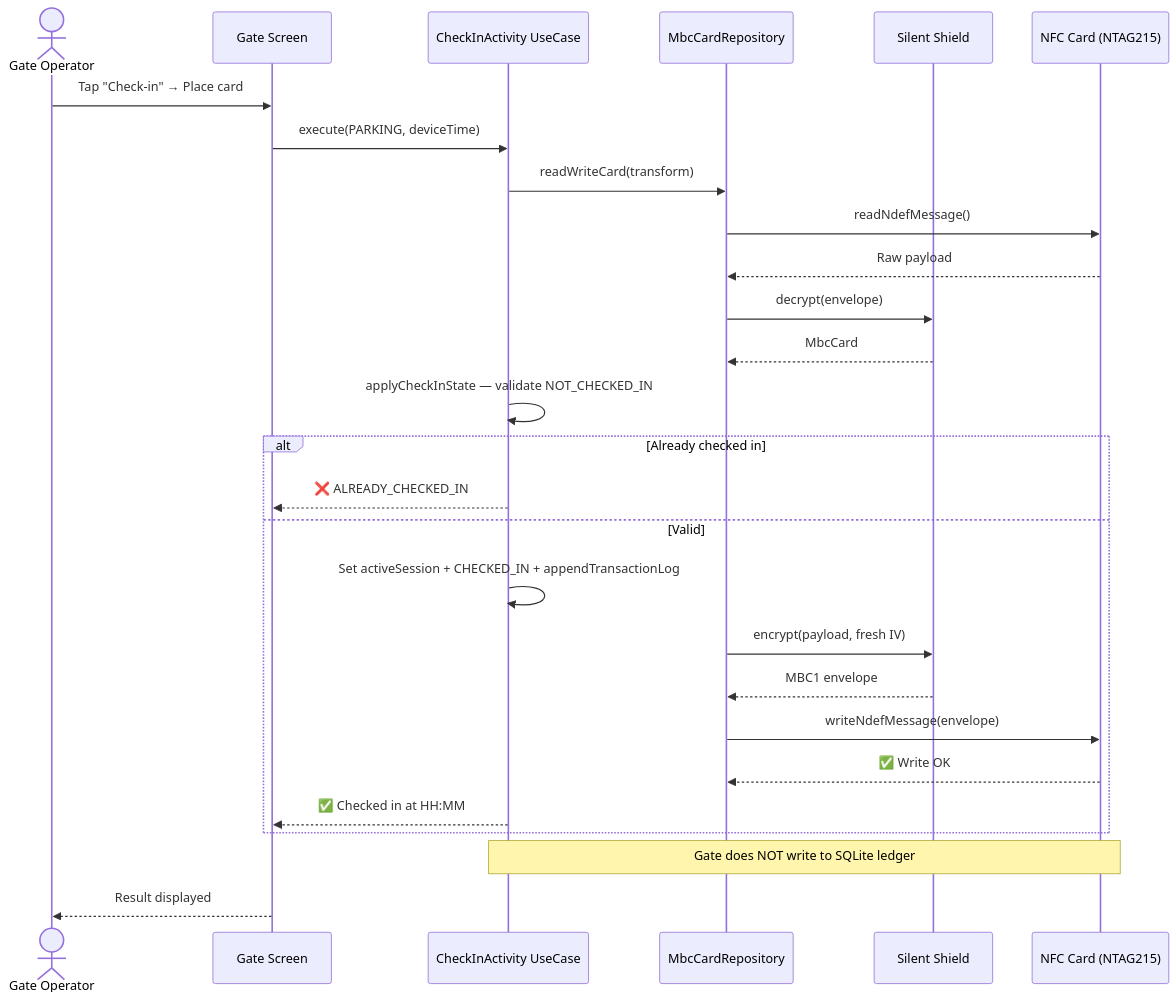
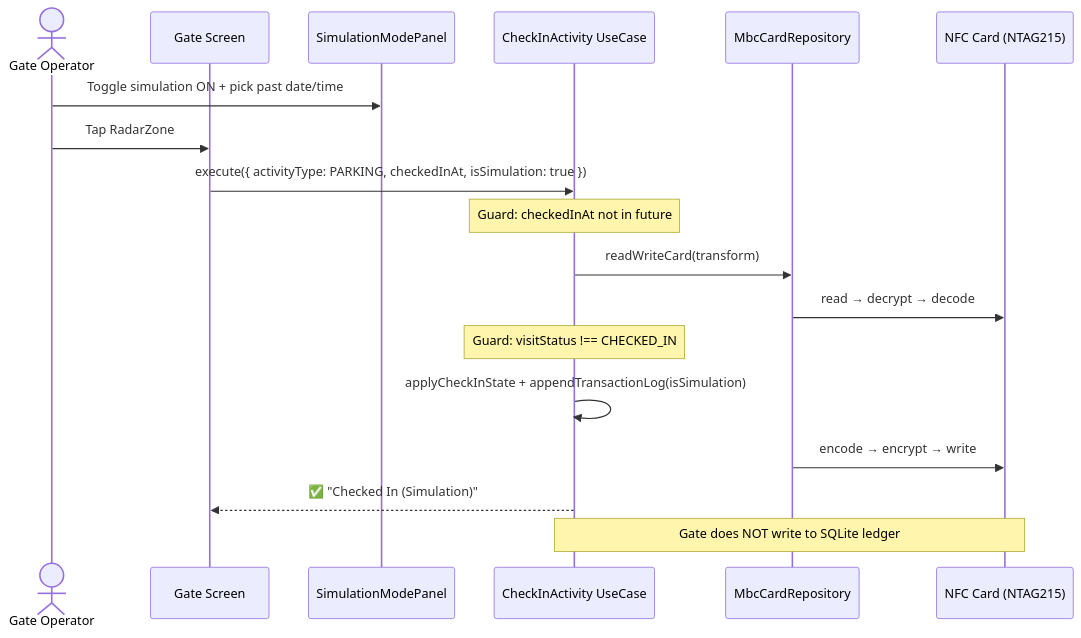
The fifth of 16 diagrams in docs/PRESENTATION.md (Schitzos/mbc-nfc), drawn with Mermaid before and after one commit. The commit also changed other lines of this file and 1 other file, not shown here.

````diff
--- a/docs/PRESENTATION.md
+++ b/docs/PRESENTATION.md
@@ -208,30 +260,21 @@
 ```mermaid
 sequenceDiagram
     actor Op as Gate Operator
     participant UI as Gate Screen
+    participant Sim as SimulationModePanel
     participant UC as CheckInActivity UseCase
     participant Repo as MbcCardRepository
-    participant Shield as Silent Shield
     participant Card as NFC Card (NTAG215)
 
-    Op->>UI: Tap "Check-in" → Place card
-    UI->>UC: execute(PARKING, deviceTime)
+    Op->>Sim: Toggle simulation ON + pick past date/time
+    Op->>UI: Tap RadarZone
+    UI->>UC: execute({ activityType: PARKING, checkedInAt, isSimulation: true })
+    Note over UC: Guard: checkedInAt not in future
     UC->>Repo: readWriteCard(transform)
-    Repo->>Card: readNdefMessage()
-    Card-->>Repo: Raw payload
-    Repo->>Shield: decrypt(envelope)
-    Shield-->>Repo: MbcCard
-    UC->>UC: applyCheckInState — validate NOT_CHECKED_IN
-    alt Already checked in
-        UC-->>UI: ❌ ALREADY_CHECKED_IN
-    else Valid
-        UC->>UC: Set activeSession + CHECKED_IN + appendTransactionLog
-        Repo->>Shield: encrypt(payload, fresh IV)
-        Shield-->>Repo: MBC1 envelope
-        Repo->>Card: writeNdefMessage(envelope)
-        Card-->>Repo: ✅ Write OK
-        UC-->>UI: ✅ Checked in at HH:MM
-    end
+    Repo->>Card: read → decrypt → decode
+    Note over UC: Guard: visitStatus !== CHECKED_IN
+    UC->>UC: applyCheckInState + appendTransactionLog(isSimulation)
+    Repo->>Card: encode → encrypt → write
+    UC-->>UI: ✅ "Checked In (Simulation)"
     Note over UC,Card: Gate does NOT write to SQLite ledger
-    UI-->>Op: Result displayed
 ```
````
